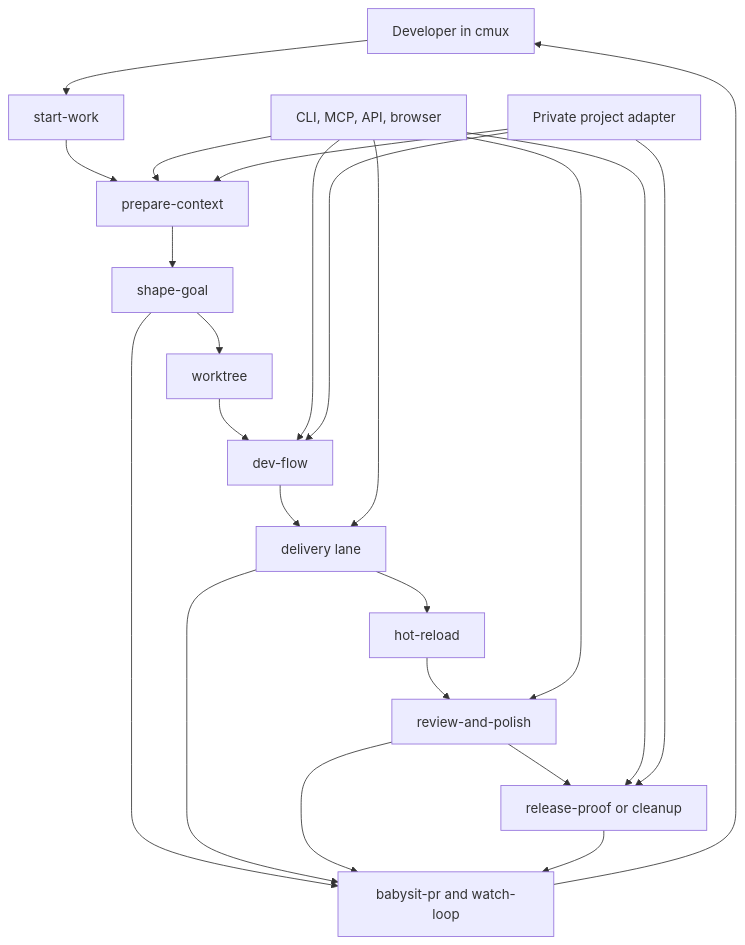
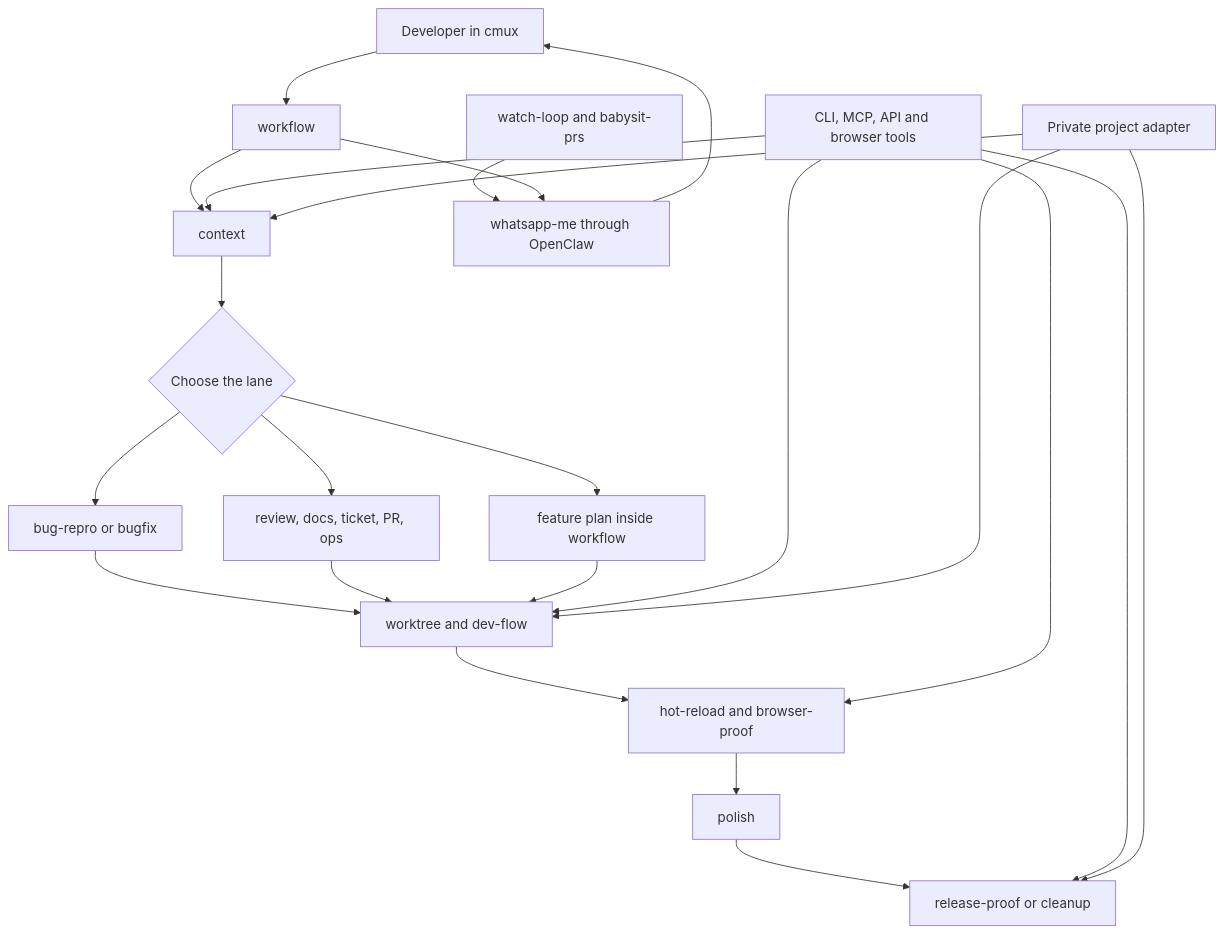
One commit to sabirmgd/terminal-first-goal-loop changed the diagram in docs/architecture.md. Above: the diagram before and after it, drawn with Mermaid. The commit also changed other lines of this file and 23 other files, not shown here.

````diff
--- a/docs/architecture.md
+++ b/docs/architecture.md
@@ -11,28 +13,28 @@
 ```mermaid
 flowchart TB
-    H["Developer in cmux"] --> S["start-work"]
-    S --> C["prepare-context"]
-    C --> G["shape-goal"]
-    G --> W["worktree"]
-    W --> D["dev-flow"]
-    D --> L["delivery lane"]
-    L --> R["hot-reload"]
-    R --> P["review-and-polish"]
+    H["Developer in cmux"] --> W["workflow"]
+    W --> C["context"]
+    C --> L{"Choose the lane"}
+    L --> B["bug-repro or bugfix"]
+    L --> O["review, docs, ticket, PR, ops"]
+    L --> F["feature plan inside workflow"]
+    B --> I["worktree and dev-flow"]
+    O --> I
+    F --> I
+    I --> R["hot-reload and browser-proof"]
+    R --> P["polish"]
     P --> X["release-proof or cleanup"]
 
-    T["CLI, MCP, API, browser"] --> C
-    T --> D
-    T --> L
-    T --> P
+    T["CLI, MCP, API and browser tools"] --> C
+    T --> I
+    T --> R
     T --> X
 
-    B["babysit-pr and watch-loop"] --> H
-    G --> B
-    L --> B
-    P --> B
-    X --> B
+    A["Private project adapter"] --> C
+    A --> I
+    A --> X
 
-    A["Private project adapter"] --> C
-    A --> D
-    A --> X
+    Q["watch-loop and babysit-prs"] --> U["whatsapp-me through OpenClaw"]
+    W --> U
+    U --> H
 ```
````
